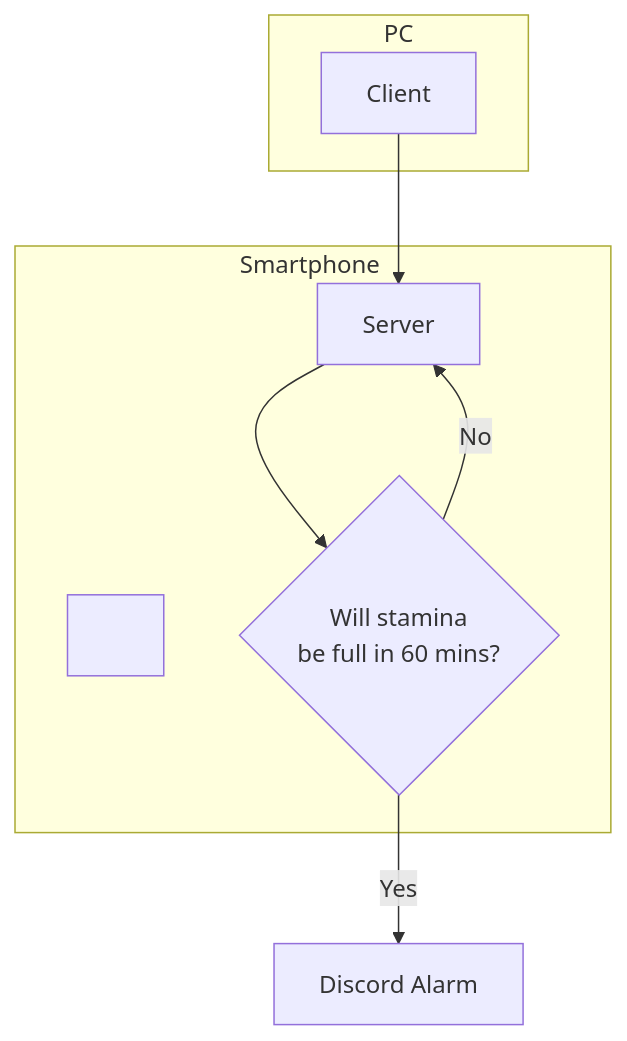
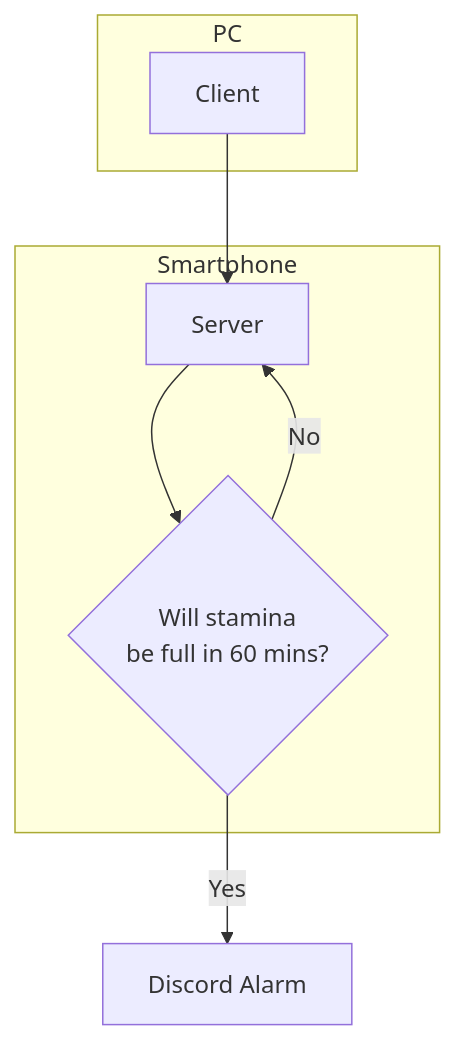
The diagram in README.md (201710808/Game-Stamina-Alarm), drawn with Mermaid before and after one commit.

````diff
--- a/README.md
+++ b/README.md
@@ -5,12 +5,12 @@
 ```mermaid
 graph TB;
     subgraph PC;
     Client;
     end;
-    subgraph Smartphone&nbsp;&nbsp;&nbsp;
+    subgraph Smartphone;
     Client-->Server;
     Server-->Condition{"Will stamina\nbe full in 60 mins?"};
     end;
     Condition-->|"No"|Server;
     Condition-->|"Yes"|Alarm["Discord Alarm"];
 ```
````
